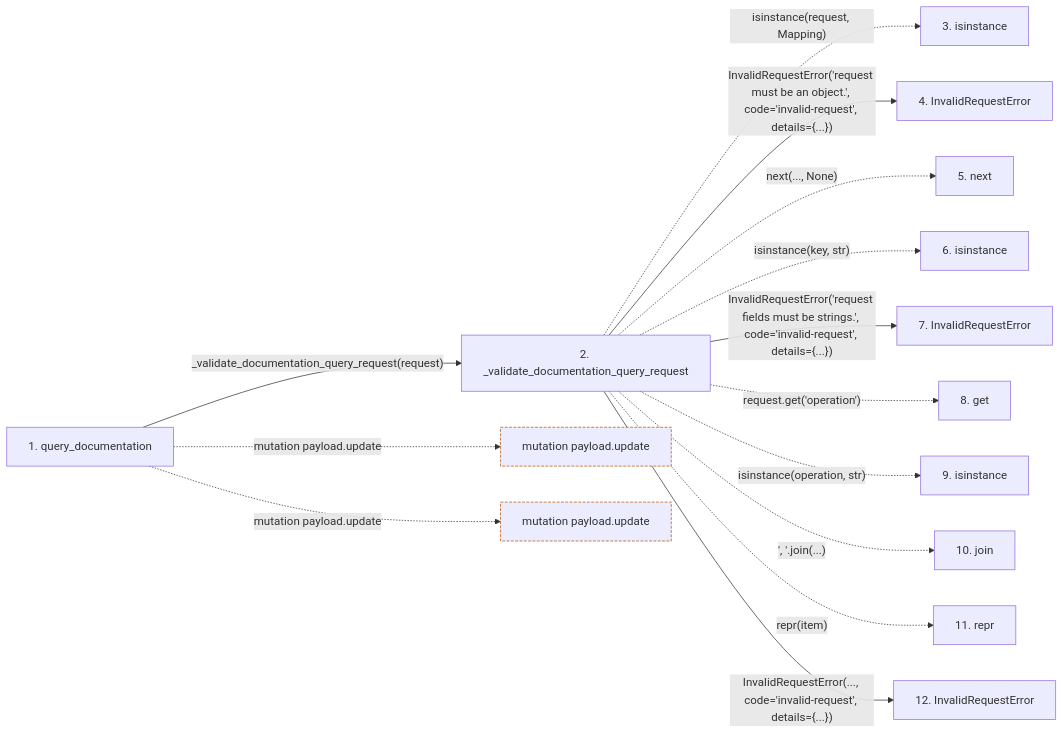
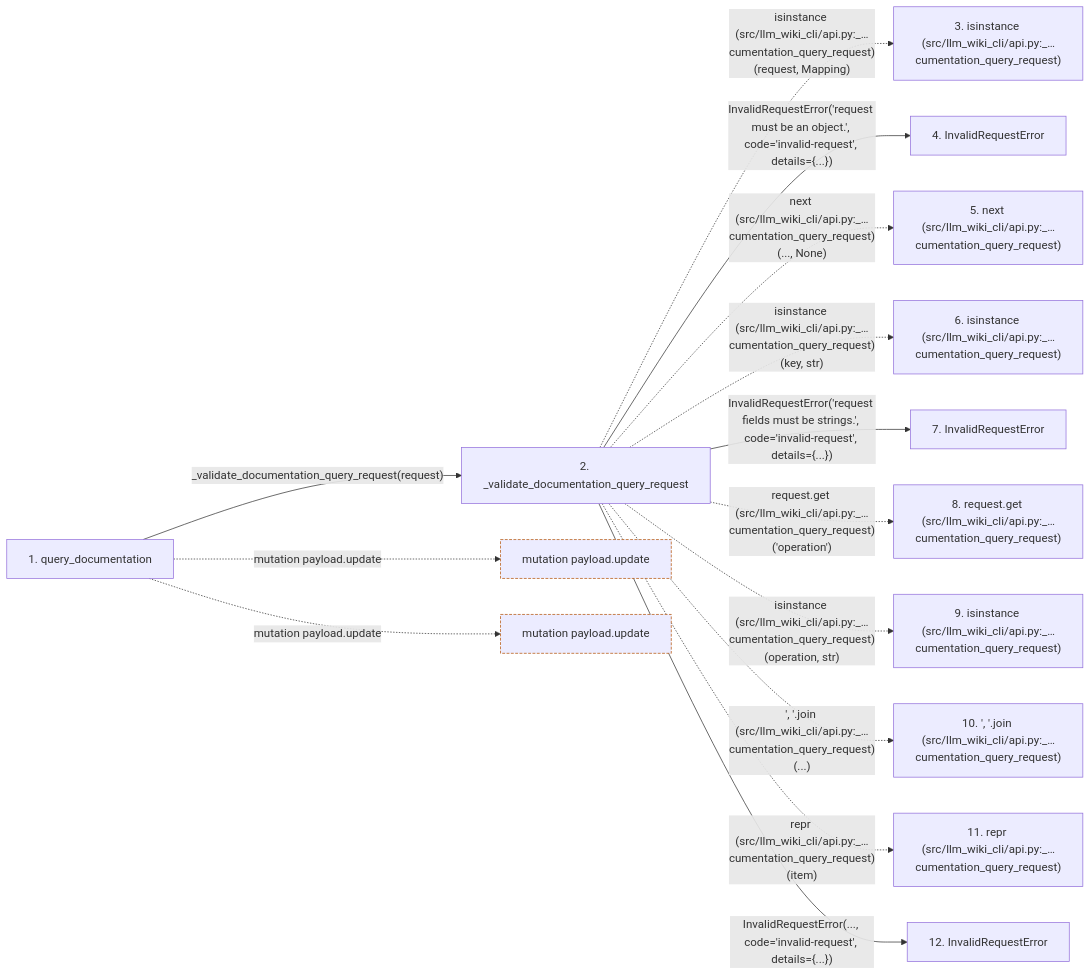
Before and after one commit to Denissvgn/python-wiki-llm: the second of 2 diagrams in docs/llm_wiki/flows/api-query_documentation.md, drawn with Mermaid. The commit also changed other lines of this file and 719 other files, not shown here.

````diff
--- a/docs/llm_wiki/flows/api-query_documentation.md
+++ b/docs/llm_wiki/flows/api-query_documentation.md
@@ -92,38 +95,38 @@
 ```mermaid
 flowchart LR
     s1["1. query_documentation"]
     s2["2. _validate_documentation_query_request"]
-    s3["3. isinstance"]
+    s3["3. isinstance (src/llm_wiki_cli/api.py:_…cumentation_query_request)"]
     s4["4. InvalidRequestError"]
-    s5["5. next"]
-    s6["6. isinstance"]
+    s5["5. next (src/llm_wiki_cli/api.py:_…cumentation_query_request)"]
+    s6["6. isinstance (src/llm_wiki_cli/api.py:_…cumentation_query_request)"]
     s7["7. InvalidRequestError"]
-    s8["8. get"]
-    s9["9. isinstance"]
-    s10["10. join"]
-    s11["11. repr"]
+    s8["8. request.get (src/llm_wiki_cli/api.py:_…cumentation_query_request)"]
+    s9["9. isinstance (src/llm_wiki_cli/api.py:_…cumentation_query_request)"]
+    s10["10. ', '.join (src/llm_wiki_cli/api.py:_…cumentation_query_request)"]
+    s11["11. repr (src/llm_wiki_cli/api.py:_…cumentation_query_request)"]
     s12["12. InvalidRequestError"]
     s1 -->|"_validate_documentation_query_request(request)"| s2
-    s2 -. "isinstance(request, Mapping)" .-> s3
+    s2 -. "isinstance (src/llm_wiki_cli/api.py:_…cumentation_query_request)(request, Mapping)" .-> s3
     s2 -->|"InvalidRequestError('request must be an object.', code='invalid-request', details={...})"| s4
-    s2 -. "next(..., None)" .-> s5
-    s2 -. "isinstance(key, str)" .-> s6
+    s2 -. "next (src/llm_wiki_cli/api.py:_…cumentation_query_request)(..., None)" .-> s5
+    s2 -. "isinstance (src/llm_wiki_cli/api.py:_…cumentation_query_request)(key, str)" .-> s6
     s2 -->|"InvalidRequestError('request fields must be strings.', code='invalid-request', details={...})"| s7
-    s2 -. "request.get('operation')" .-> s8
-    s2 -. "isinstance(operation, str)" .-> s9
-    s2 -. "', '.join(...)" .-> s10
-    s2 -. "repr(item)" .-> s11
+    s2 -. "request.get (src/llm_wiki_cli/api.py:_…cumentation_query_request)('operation')" .-> s8
+    s2 -. "isinstance (src/llm_wiki_cli/api.py:_…cumentation_query_request)(operation, str)" .-> s9
+    s2 -. "', '.join (src/llm_wiki_cli/api.py:_…cumentation_query_request)(...)" .-> s10
+    s2 -. "repr (src/llm_wiki_cli/api.py:_…cumentation_query_request)(item)" .-> s11
     s2 -->|"InvalidRequestError(..., code='invalid-request', details={...})"| s12
     b0["mutation payload.update"]
     s1 -. "mutation payload.update" .-> b0
     b1["mutation payload.update"]
     s1 -. "mutation payload.update" .-> b1
     click s1 "../modules/api.md"
     click s2 "../modules/api.md"
     click s4 "../modules/api.md"
     click s7 "../modules/api.md"
     click s12 "../modules/api.md"
     classDef boundary stroke:#b45309,stroke-dasharray: 4 2
     class b0 boundary
     class b1 boundary
 ```
````
